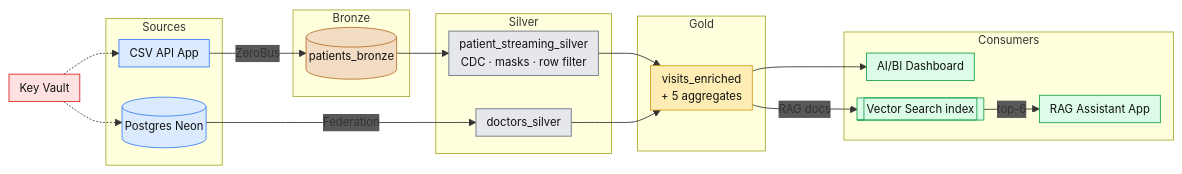
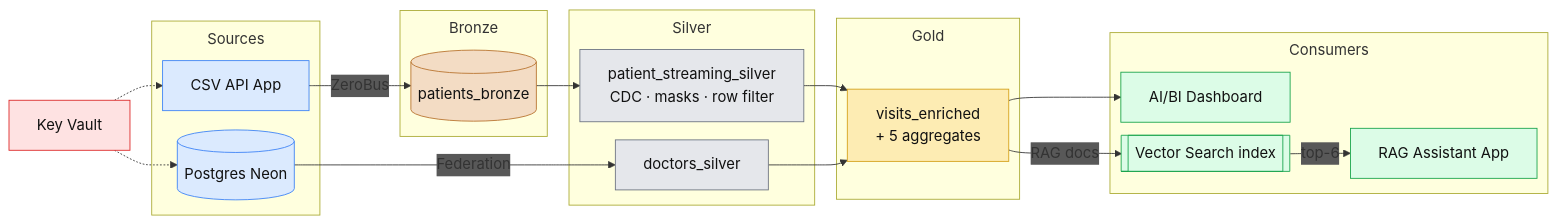
The diagram in README.md (l3chster/MedFlow_Lakehouse), drawn with Mermaid before and after one commit. The commit also changed 2 other files, not shown here.

````diff
--- a/README.md
+++ b/README.md
@@ -17,51 +17,51 @@
 ```mermaid
-%%{init: {"flowchart": {"nodeSpacing": 20, "rankSpacing": 30, "padding": 6}, "themeVariables": {"fontSize": "13px", "edgeLabelBackground": "#585858"}, "themeCSS": ".edgeLabel p, .edgeLabel span, .labelBkg { background-color: #585858 !important; color: #ffffff !important; } .edgeLabel rect { fill: #585858 !important; opacity: 1 !important; }"}}%%
+%%{init: {"flowchart": {"nodeSpacing": 15, "rankSpacing": 25, "padding": 16, "subGraphTitleMargin": {"top": 8, "bottom": 20}}, "themeVariables": {"fontSize": "17px", "edgeLabelBackground": "#585858"}, "themeCSS": ".edgeLabel p, .edgeLabel span, .labelBkg { background-color: #585858 !important; color: #ffffff !important; } .edgeLabel rect { fill: #585858 !important; opacity: 1 !important; } .cluster-label, .cluster-label span, .cluster-label p { font-size: 21px !important; font-weight: 700 !important; color: #ea580c !important; fill: #ea580c !important; } .cluster-label foreignObject { overflow: visible !important; }"}}%%
 flowchart LR
     KV["Key Vault"]
 
     subgraph SRC["Sources"]
         A["CSV API App"]
         P[("Postgres Neon")]
     end
 
     subgraph BRZ["Bronze"]
         B1[("patients_bronze")]
     end
 
     subgraph SLV["Silver"]
         S1["patient_streaming_silver<br/>CDC · masks · row filter"]
         S2["doctors_silver"]
     end
 
     subgraph GLD["Gold"]
         G["visits_enriched<br/>+ 5 aggregates"]
     end
 
     subgraph USE["Consumers"]
         DB["AI/BI Dashboard"]
         V[["Vector Search index"]]
         R["RAG Assistant App"]
     end
 
     KV -.-> A & P
     A -->|ZeroBus| B1
     P -->|Federation| S2
     B1 --> S1
     S1 & S2 --> G
     G --> DB
     G -->|RAG docs| V
     V -->|top-6| R
 
     classDef src fill:#dbeafe,stroke:#3b82f6,color:#111
     classDef bronze fill:#f3dcc4,stroke:#b8732e,color:#111
     classDef silver fill:#e5e7eb,stroke:#6b7280,color:#111
     classDef gold fill:#fdecb3,stroke:#d4a017,color:#111
     classDef use fill:#dcfce7,stroke:#16a34a,color:#111
     classDef sec fill:#fee2e2,stroke:#dc2626,color:#111
     class A,P src
     class B1 bronze
     class S1,S2 silver
     class G gold
     class DB,V,R use
     class KV sec
 ```
````
